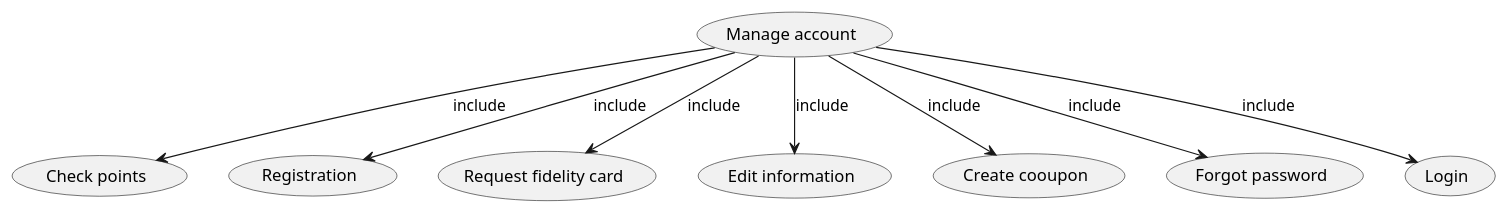
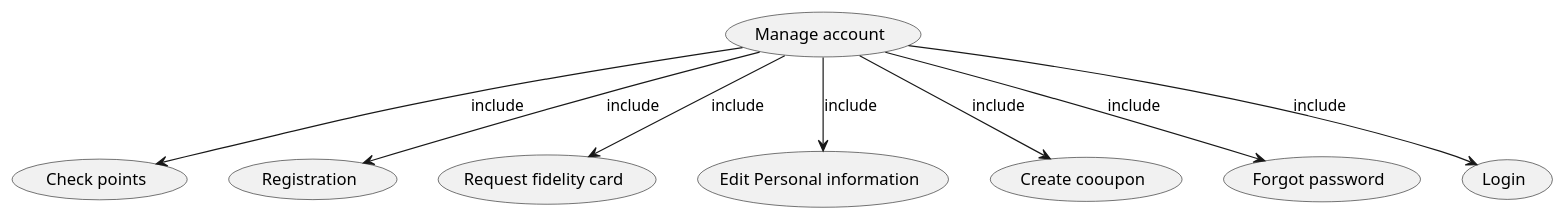
Before and after one commit to nicolabattaglino/ezshop: the fourth of 7 diagrams in Deliverables/RequirementsDocument.md, drawn with PlantUML. The commit also changed other lines of this file, not shown here.

````diff
--- a/Deliverables/RequirementsDocument.md
+++ b/Deliverables/RequirementsDocument.md
@@ -269,20 +269,20 @@
 ```plantuml
 @startuml
 "Manage account" as (manageAccount)
 "Check points" as (checkPoints)
 "Registration" as (registration)
 "Request fidelity card" as (request)
-"Edit information" as (edit)
+"Edit Personal information" as (edit)
 "Create cooupon" as (coupon)
 "Forgot password" as (forgotPassword)
 "Login" as (login)
 (manageAccount)-->(checkPoints):include
 (manageAccount)-->(registration):include
 (manageAccount)-->(request):include
 (manageAccount)-->(edit):include
 (manageAccount)-->(coupon):include
 (manageAccount)-->(forgotPassword):include
 (manageAccount)-->(login):include
 @enduml
 
 ```
````
